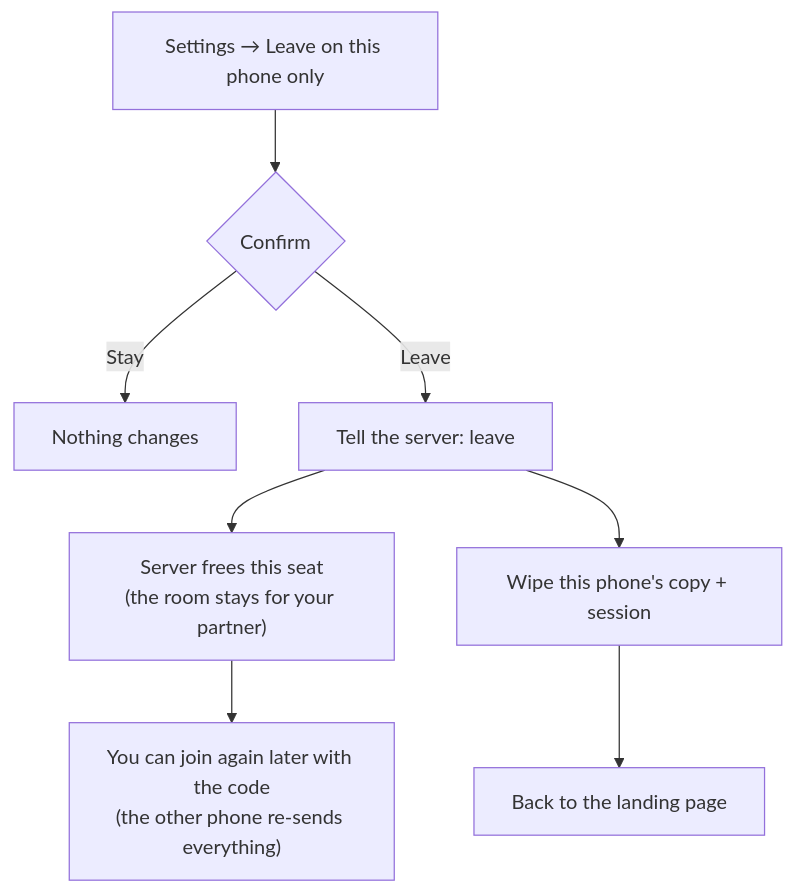
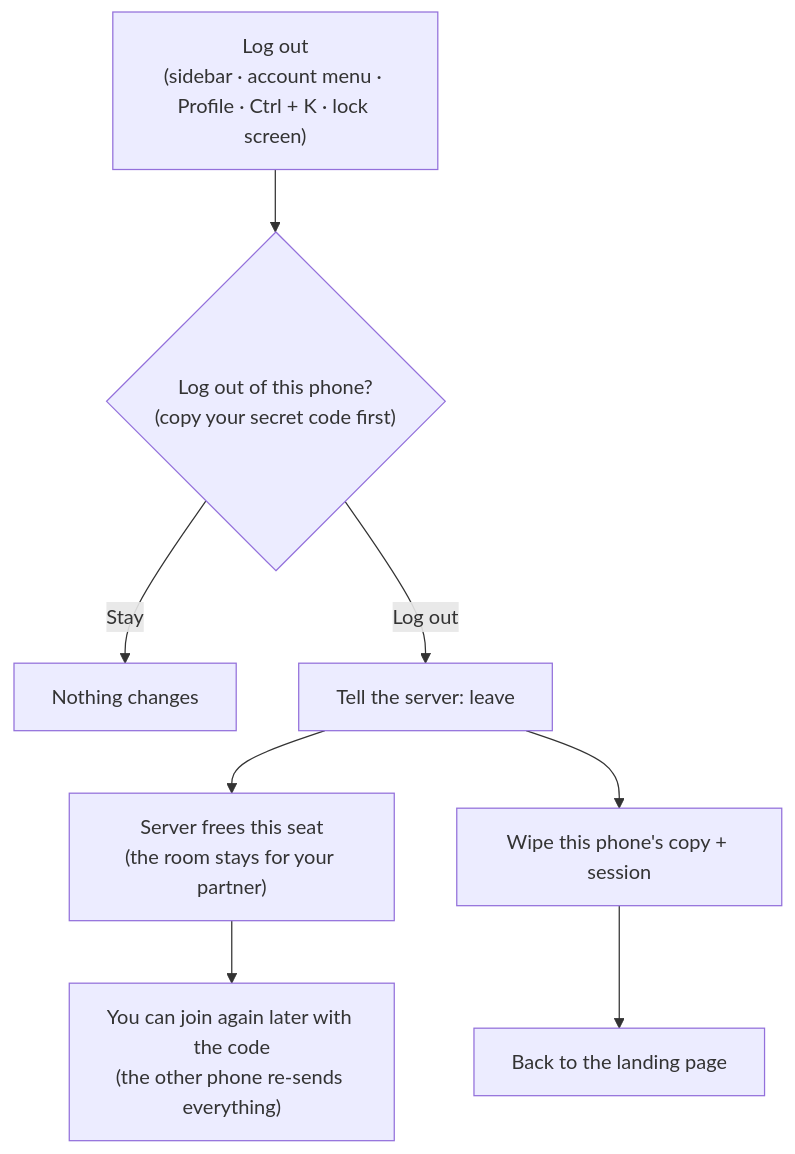
Diagram 26 of 34 in front-end/doc/04-flowcharts.md (silent-coder-dev/private-space), drawn with Mermaid before and after one commit. The commit also changed other lines of this file and 56 other files, not shown here.

````diff
--- a/front-end/doc/04-flowcharts.md
+++ b/front-end/doc/04-flowcharts.md
@@ -578,10 +591,10 @@
 ```mermaid
 flowchart TD
-    A["Settings → Leave on this phone only"] --> B{"Confirm"}
+    A["Log out<br/>(sidebar · account menu · Profile · Ctrl + K · lock screen)"] --> B{"Log out of this phone?<br/>(copy your secret code first)"}
     B -->|"Stay"| Z["Nothing changes"]
-    B -->|"Leave"| C["Tell the server: leave"]
+    B -->|"Log out"| C["Tell the server: leave"]
     C --> D["Server frees this seat<br/>(the room stays for your partner)"]
     C --> E["Wipe this phone's copy + session"]
     E --> F["Back to the landing page"]
     D --> G["You can join again later with the code<br/>(the other phone re-sends everything)"]
 ```
````
